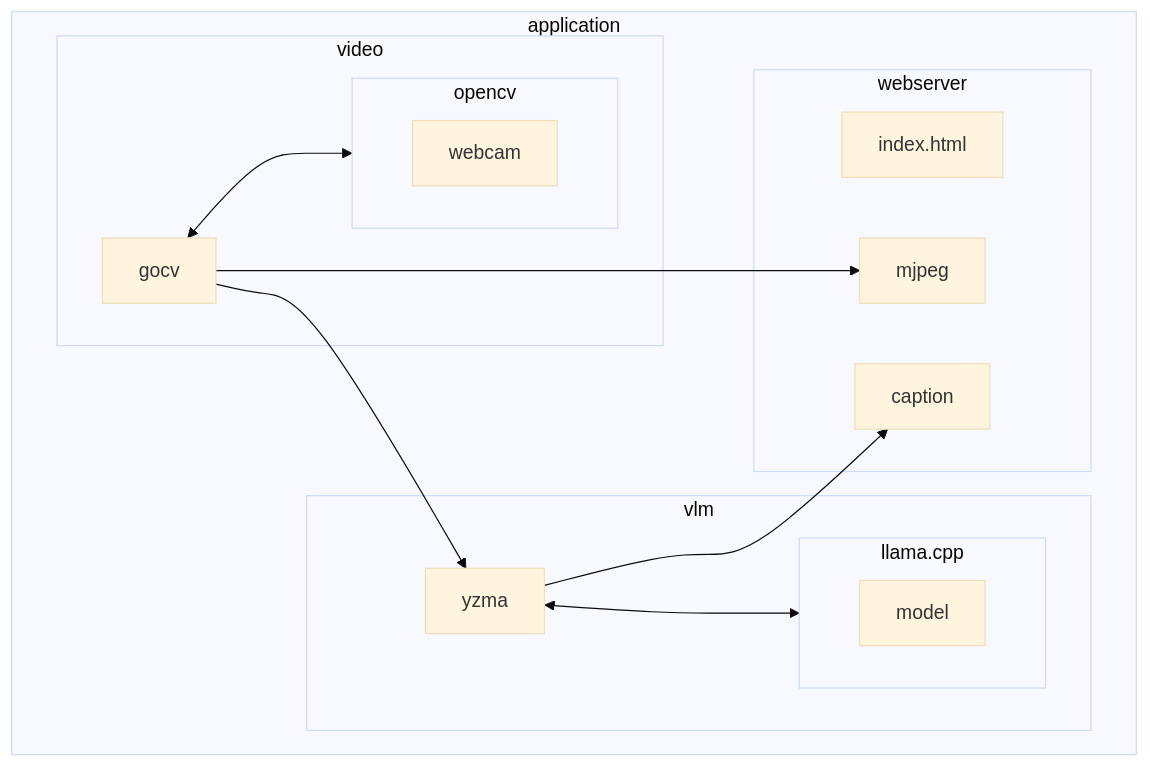
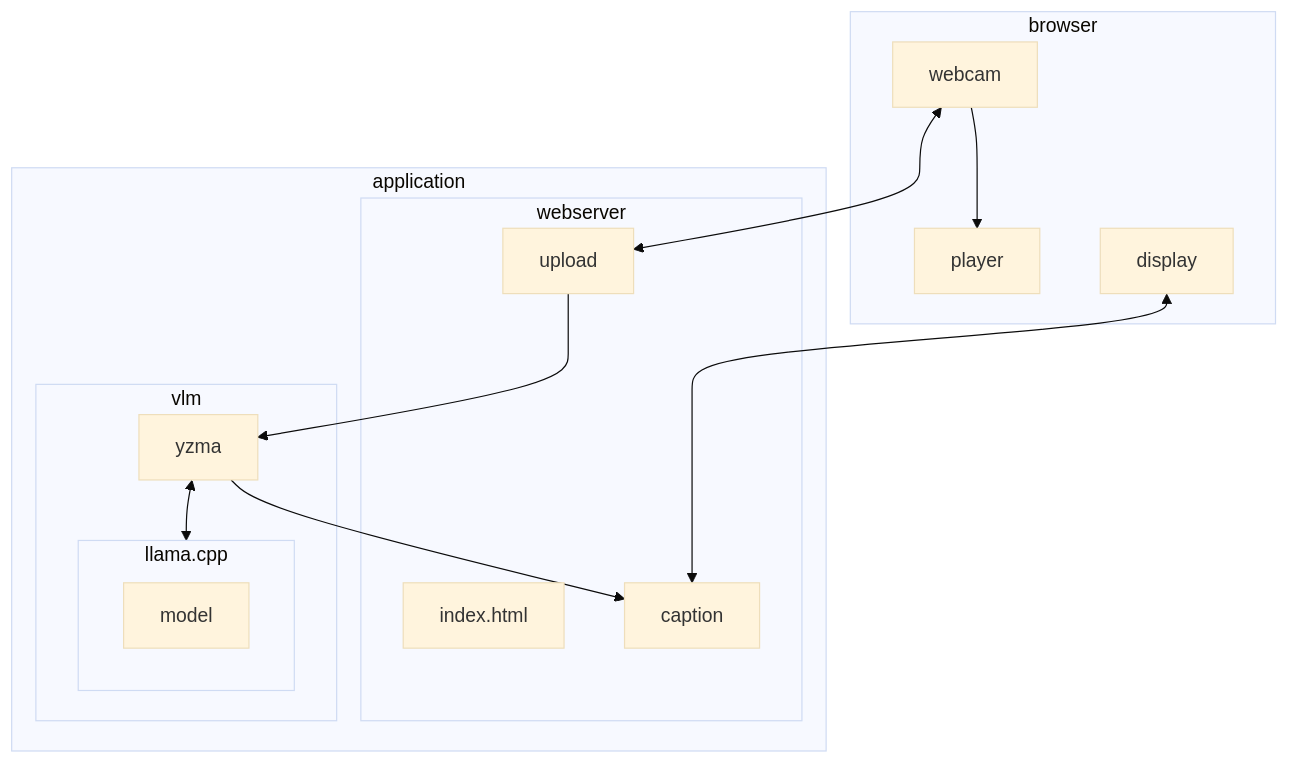
Before and after one commit to hybridgroup/captions-with-attitude: the diagram in README.md, drawn with Mermaid (base theme). The commit also changed other lines of this file and 7 other files, not shown here.

````diff
--- a/README.md
+++ b/README.md
@@ -89,25 +81,26 @@
 ```mermaid
 flowchart TD
 subgraph application
     subgraph vlm
         yzma<-->llama.cpp
     end
-    subgraph video
-        gocv<-->opencv
-    end
     subgraph webserver
         index.html
-        mjpeg
+        upload
         caption
     end
-    gocv-->mjpeg
-    gocv-->yzma
+    upload-->yzma
     yzma-->caption
 end
 subgraph llama.cpp
     model
 end
-subgraph opencv
+subgraph browser
     webcam
+    player
+    display
+    webcam-->player
+    webcam<-->upload
+    display<-->caption
 end
 ```
````
